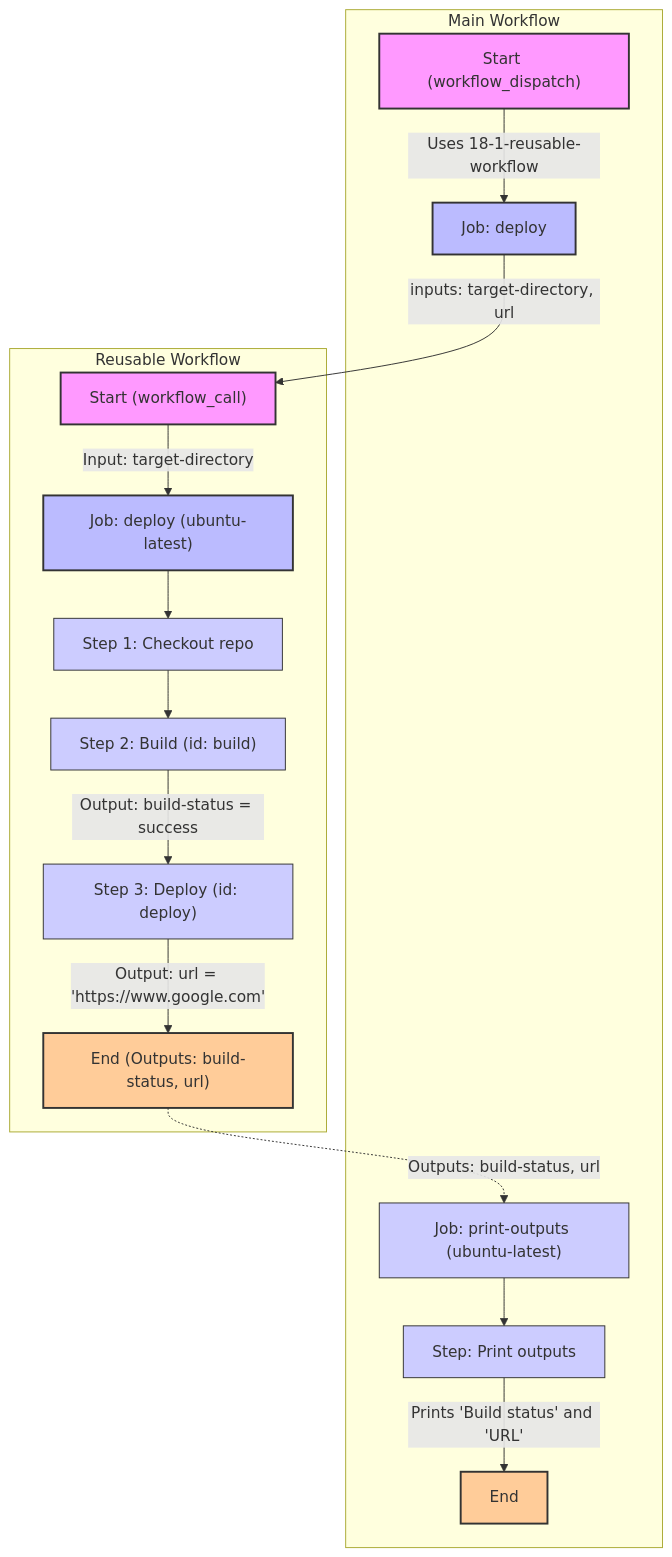
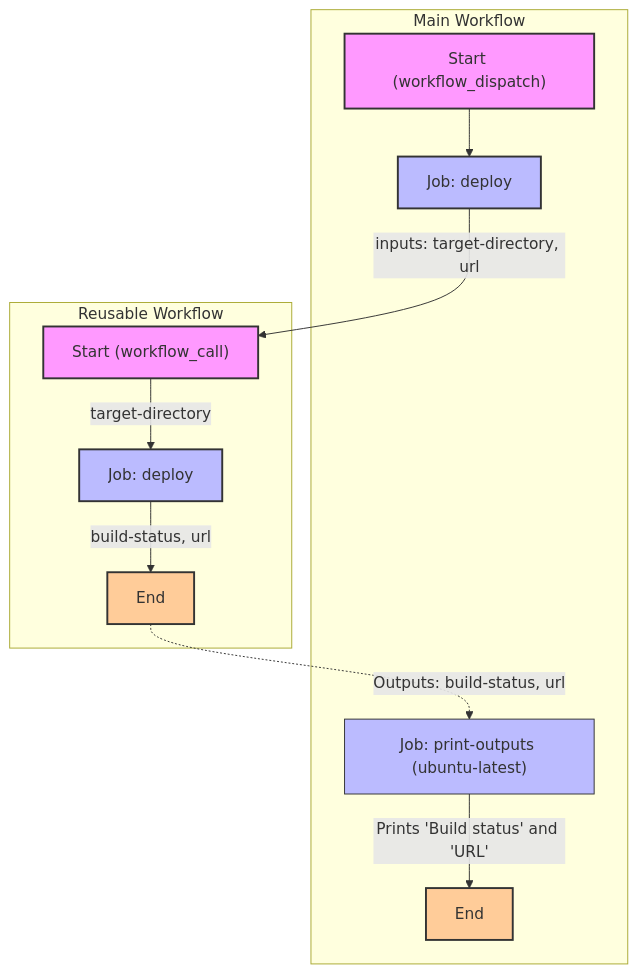
One commit to madBabel/madbabel-githubactions-gh202503-reusablewf-github-starter-course-1 changed the diagram in README.md. Above: the diagram before and after it, drawn with Mermaid. The commit also changed other lines of this file, not shown here.

````diff
--- a/README.md
+++ b/README.md
@@ -7,36 +7,27 @@
 ```mermaid
 graph TD
    subgraph "Main Workflow"        
-        A2["Start (workflow_dispatch)"] -->|Uses 18-1-reusable-workflow| B2["Job: deploy"]        
-       
-        C2 --> D2["Step: Print outputs"]
-        D2 -->|Prints 'Build status' and 'URL'| E2["End"]
+        A2["Start (workflow_dispatch)"] --> B2["Job: deploy"]               
+        C2 -->|Prints 'Build status' and 'URL'| E2["End"]
       
     end
 
     subgraph "Reusable Workflow"
-        A1["Start (workflow_call)"] -->|Input: target-directory| B1["Job: deploy (ubuntu-latest)"]
-        B1 --> C1["Step 1: Checkout repo"]        
-        C1 --> D1["Step 2: Build (id: build)"]
-        D1 -->|Output: build-status = success| E1["Step 3: Deploy (id: deploy)"]
-        E1 -->|Output: url = 'https://www.google.com'| F1["End (Outputs: build-status, url)"]        
+        A1["Start (workflow_call)"] -->|target-directory| B1["Job: deploy"]      
+        B1 -->|build-status, url | F1["End "]        
         B2 --> |inputs: target-directory, url| A1
         F1 -.->|Outputs: build-status, url| C2["Job: print-outputs (ubuntu-latest)"]          
     end
 
  
 
   
     style A1 fill:#f9f,stroke:#333,stroke-width:2px;
     style A2 fill:#f9f,stroke:#333,stroke-width:2px;
     style B1 fill:#bbf,stroke:#333,stroke-width:2px;
-    style B2 fill:#bbf,stroke:#333,stroke-width:2px;
-    style C1 fill:#ccf,stroke:#333,stroke-width:1px;
-    style C2 fill:#ccf,stroke:#333,stroke-width:1px;
-    style D1 fill:#ccf,stroke:#333,stroke-width:1px;
-    style D2 fill:#ccf,stroke:#333,stroke-width:1px;
-    style E1 fill:#ccf,stroke:#333,stroke-width:1px;
+    style B2 fill:#bbf,stroke:#333,stroke-width:2px;    
+    style C2 fill:#bbf,stroke:#333,stroke-width:1px;
     style F1 fill:#fc9,stroke:#333,stroke-width:2px;
     style E2 fill:#fc9,stroke:#333,stroke-width:2px;
 
 ``` 
````
